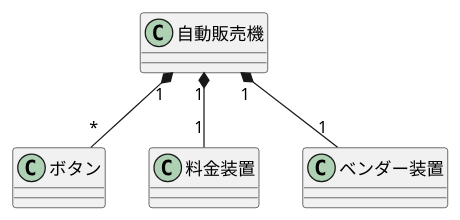
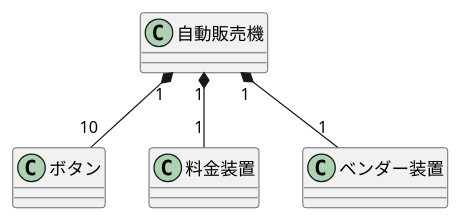
Before and after one commit to Kuya0307/unl-introduction: the diagram in 演習６/演習6-4-1_クラス図_自動販売機.pu, drawn with PlantUML. The commit also changed 7 other files, not shown here.

```diff
--- a/演習６/演習6-4-1_クラス図_自動販売機.pu
+++ b/演習６/演習6-4-1_クラス図_自動販売機.pu
@@ -1,18 +1,18 @@
 @startuml クラス図
 ' left to right direction
 class 自動販売機{
 
 }
 class ボタン{
 
 }
 class 料金装置{
 
 }
 class ベンダー装置{
 
 }
-自動販売機 "1" *--"*" ボタン
+自動販売機 "1" *--"10" ボタン
 自動販売機 "1" *--"1" 料金装置
 自動販売機 "1" *--"1" ベンダー装置
 @enduml
```
